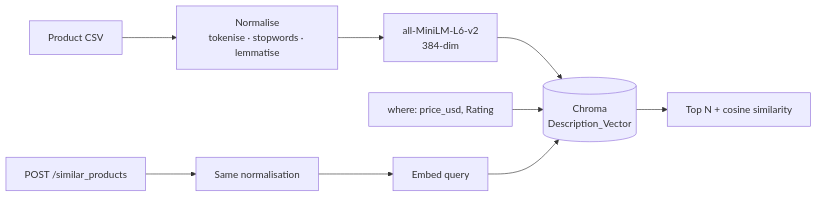
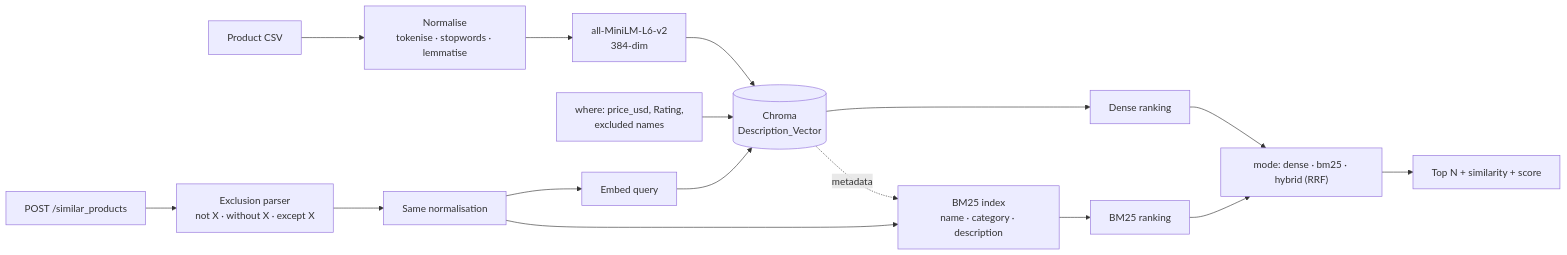
The diagram in README.md (MohanVishe/product-similarity-api), drawn with Mermaid before and after one commit. The commit also changed other lines of this file, not shown here.

Commit message:
README: hybrid mode, exclusions, dev and held-out numbers, limits

````diff
--- a/README.md
+++ b/README.md
@@ -21,12 +21,20 @@
 ```mermaid
 flowchart LR
     A["Product CSV"] --> B["Normalise<br/>tokenise · stopwords · lemmatise"]
     B --> C["all-MiniLM-L6-v2<br/>384-dim"]
     C --> D[("Chroma<br/>Description_Vector")]
 
-    E["POST /similar_products"] --> F["Same normalisation"]
+    D -. "metadata" .-> M["BM25 index<br/>name · category · description"]
+
+    E["POST /similar_products"] --> X["Exclusion parser<br/>not X · without X · except X"]
+    X --> F["Same normalisation"]
     F --> G["Embed query"]
-    K["where: price_usd, Rating"] --> D
+    K["where: price_usd, Rating,<br/>excluded names"] --> D
     G --> D
-    D --> J["Top N + cosine similarity"]
+    D --> R["Dense ranking"]
+    F --> M
+    M --> S["BM25 ranking"]
+    R --> J["mode: dense · bm25 · hybrid (RRF)"]
+    S --> J
+    J --> T["Top N + similarity + score"]
 ```
````
